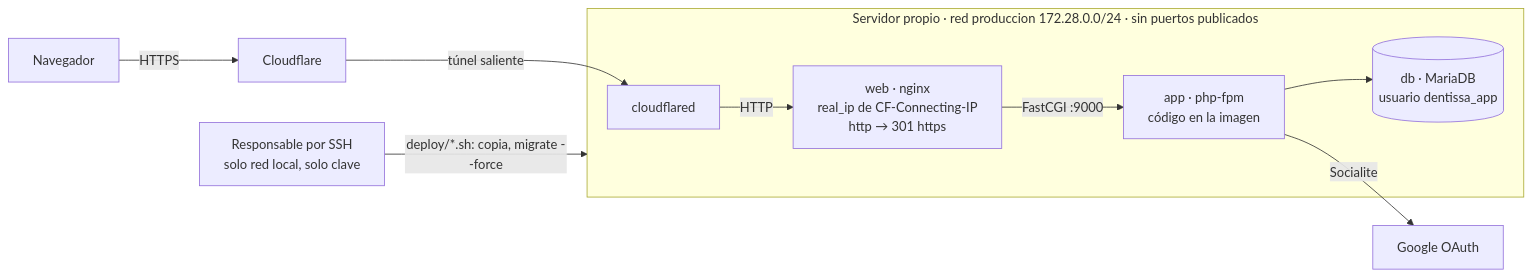
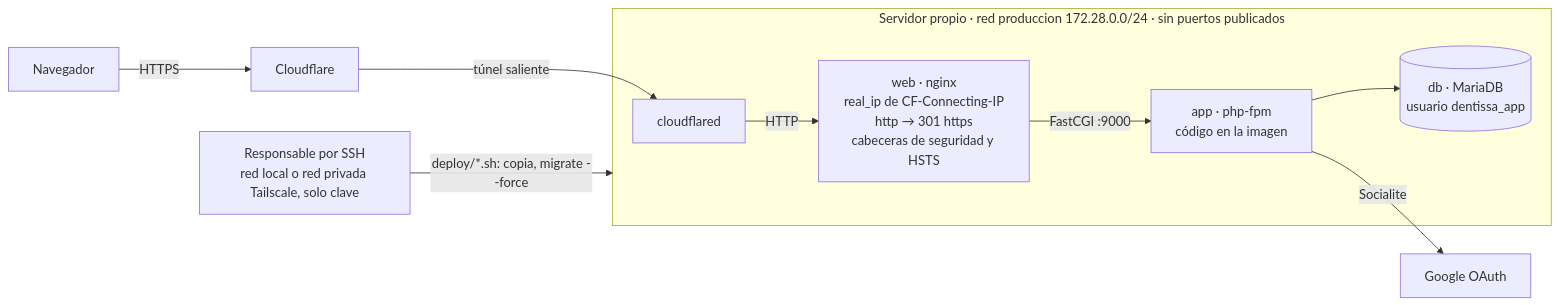
The second of 2 diagrams in docs/architecture.md (gimi34/dentissa), drawn with Mermaid before and after one commit. The commit also changed other lines of this file and 8 other files, not shown here.

````diff
--- a/docs/architecture.md
+++ b/docs/architecture.md
@@ -183,12 +183,12 @@
 ```mermaid
 flowchart LR
   U[Navegador] -->|HTTPS| CF[Cloudflare]
   CF -->|túnel saliente| CFD[cloudflared]
   subgraph SRV[Servidor propio · red produccion 172.28.0.0/24 · sin puertos publicados]
-    CFD -->|HTTP| WEB[web · nginx<br/>real_ip de CF-Connecting-IP<br/>http → 301 https]
+    CFD -->|HTTP| WEB[web · nginx<br/>real_ip de CF-Connecting-IP<br/>http → 301 https<br/>cabeceras de seguridad y HSTS]
     WEB -->|FastCGI :9000| APPP[app · php-fpm<br/>código en la imagen]
     APPP --> DBP[(db · MariaDB<br/>usuario dentissa_app)]
   end
   APPP -->|Socialite| GO[Google OAuth]
-  ADM[Responsable por SSH<br/>solo red local, solo clave] -->|deploy/*.sh: copia, migrate --force| SRV
+  ADM[Responsable por SSH<br/>red local o red privada Tailscale, solo clave] -->|deploy/*.sh: copia, migrate --force| SRV
 ```
````
